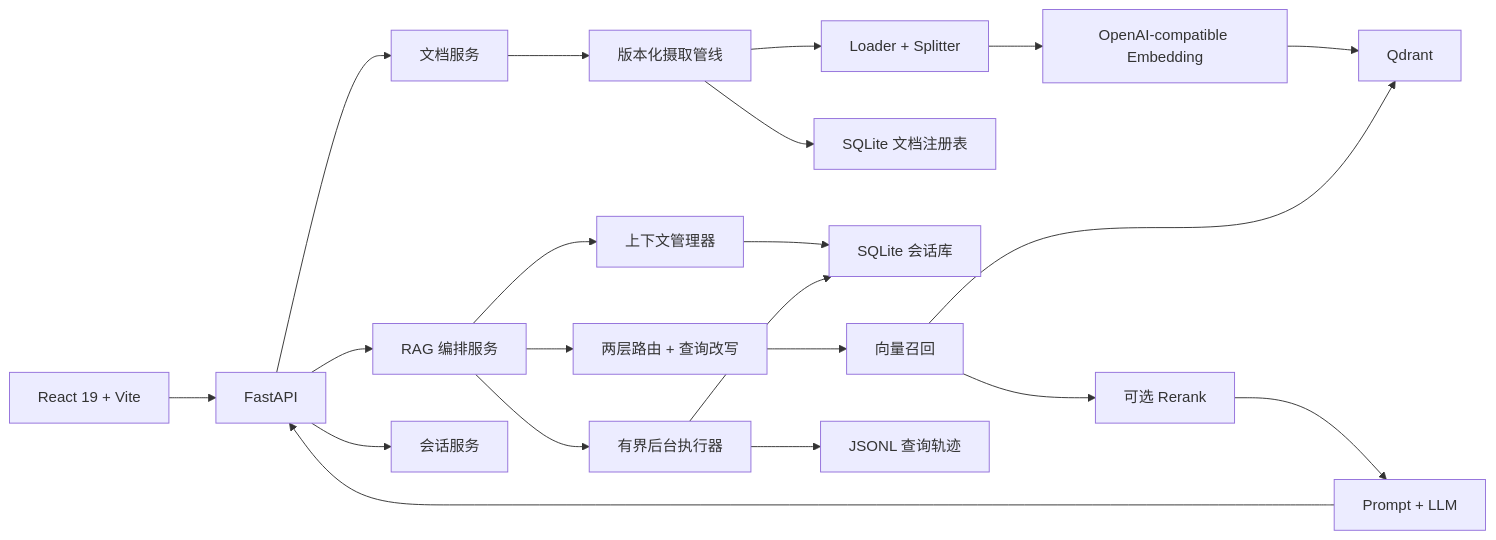
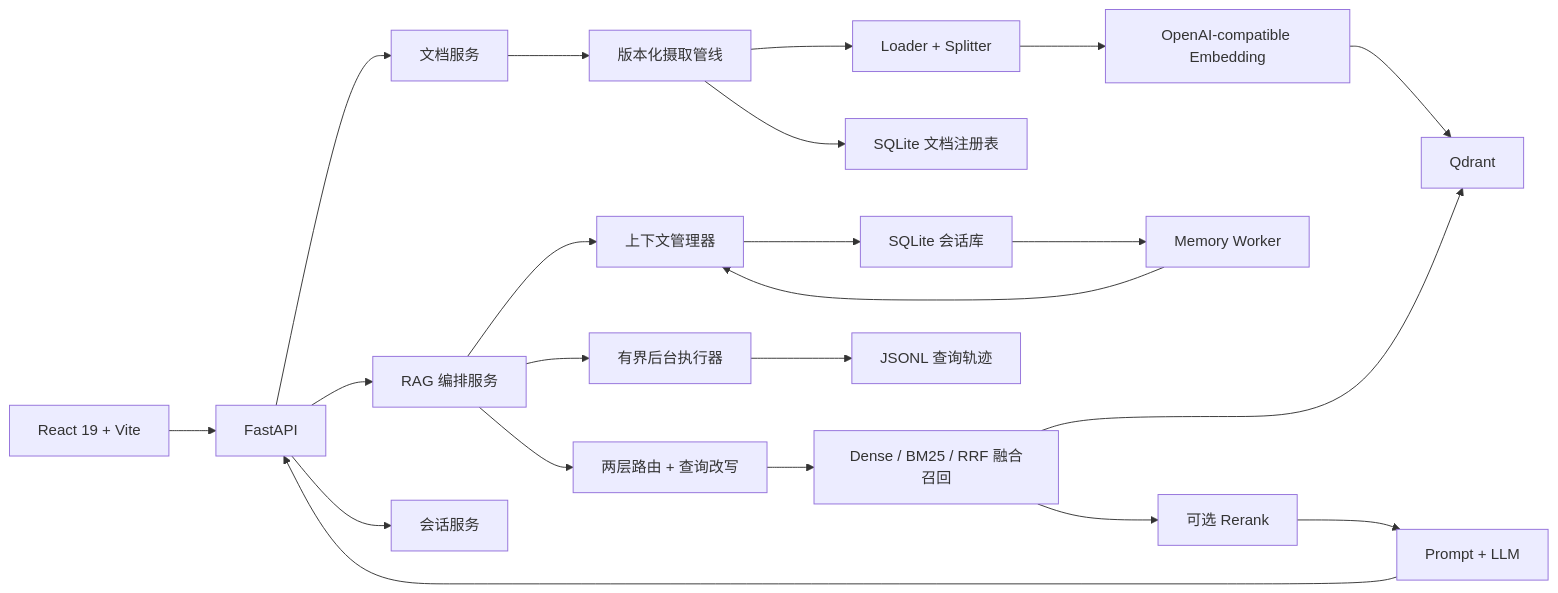
The diagram in README.md (KyrieOakes/local-rag-system), drawn with Mermaid before and after one commit. The commit also changed other lines of this file and 63 other files, not shown here.

````diff
--- a/README.md
+++ b/README.md
@@ -24,26 +24,27 @@
 ```mermaid
 flowchart LR
     UI["React 19 + Vite"] --> API["FastAPI"]
     API --> DOC["文档服务"]
     API --> RAG["RAG 编排服务"]
     API --> CONV["会话服务"]
 
     DOC --> INGEST["版本化摄取管线"]
     INGEST --> LOAD["Loader + Splitter"]
     LOAD --> EMBED["OpenAI-compatible Embedding"]
     EMBED --> QD["Qdrant"]
     INGEST --> REG["SQLite 文档注册表"]
 
     RAG --> MEM["上下文管理器"]
     MEM --> CONVDB["SQLite 会话库"]
+    CONVDB --> MW["Memory Worker"]
+    MW --> MEM
     RAG --> ROUTE["两层路由 + 查询改写"]
-    ROUTE --> RETRIEVE["向量召回"]
+    ROUTE --> RETRIEVE["Dense / BM25 / RRF 融合召回"]
     RETRIEVE --> QD
     RETRIEVE --> RERANK["可选 Rerank"]
     RERANK --> GENERATE["Prompt + LLM"]
     GENERATE --> API
 
     RAG --> BG["有界后台执行器"]
-    BG --> CONVDB
     BG --> TRACE["JSONL 查询轨迹"]
 ```
````
